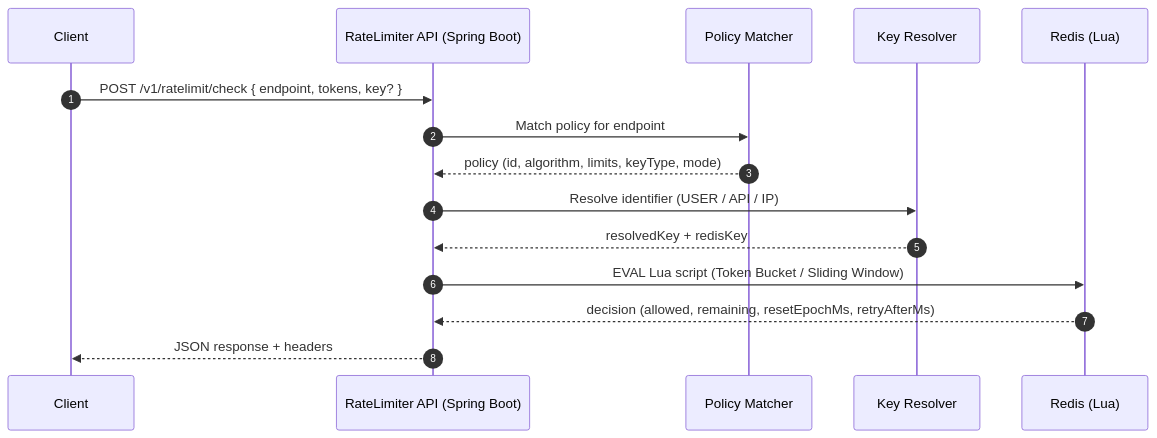
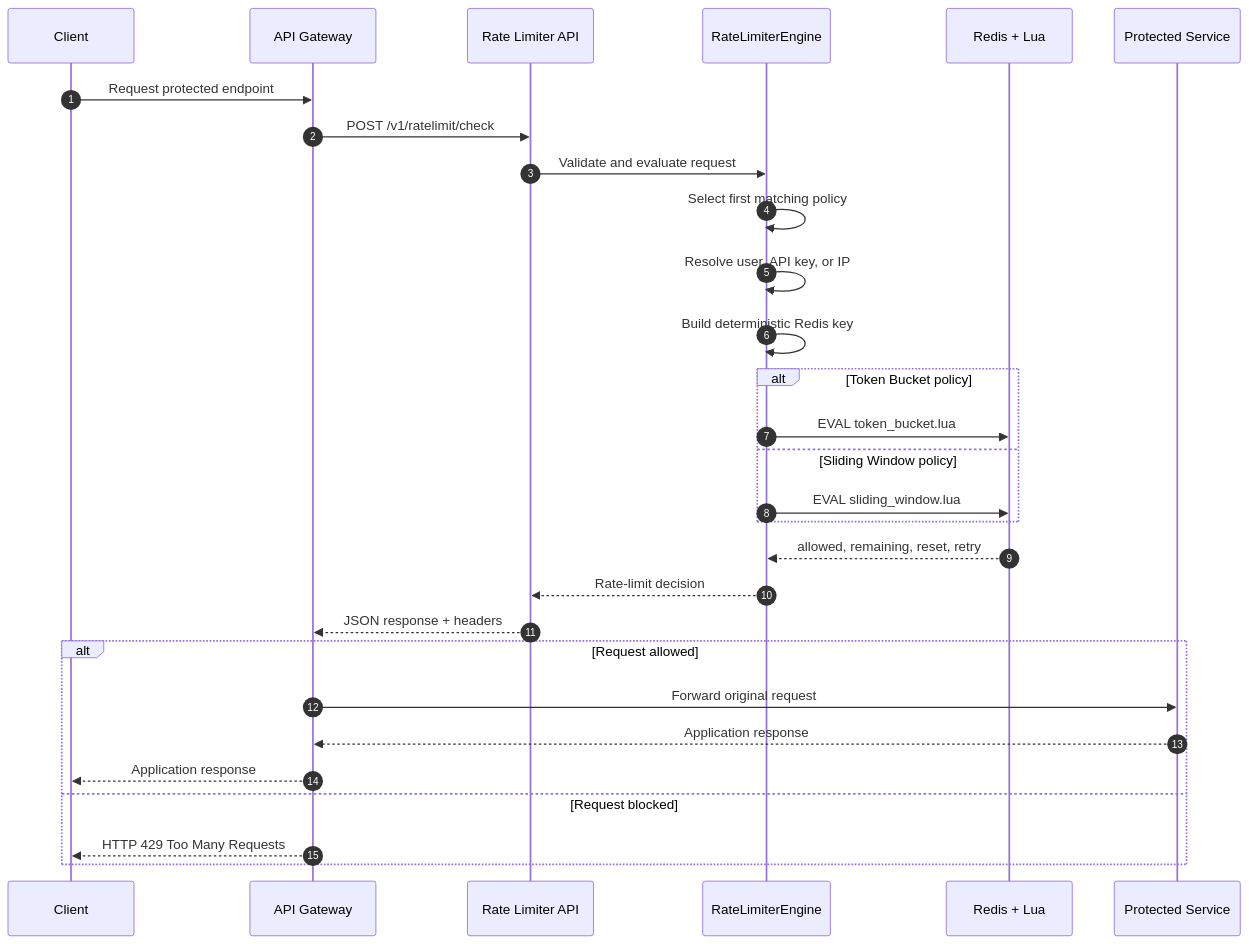
Before and after one commit to leelamanisankarpeerukattla/distributed-api-rate-limiter: the second of 6 diagrams in README.md, drawn with Mermaid. The commit also changed other lines of this file, not shown here.

````diff
--- a/README.md
+++ b/README.md
@@ -38,18 +161,36 @@
 ```mermaid
 sequenceDiagram
-  autonumber
-  participant C as Client
-  participant API as RateLimiter API (Spring Boot)
-  participant PM as Policy Matcher
-  participant KR as Key Resolver
-  participant R as Redis (Lua)
+    autonumber
 
-  C->>API: POST /v1/ratelimit/check { endpoint, tokens, key? }
-  API->>PM: Match policy for endpoint
-  PM-->>API: policy (id, algorithm, limits, keyType, mode)
-  API->>KR: Resolve identifier (USER / API / IP)
-  KR-->>API: resolvedKey + redisKey
-  API->>R: EVAL Lua script (Token Bucket / Sliding Window)
-  R-->>API: decision (allowed, remaining, resetEpochMs, retryAfterMs)
-  API-->>C: JSON response + headers
+    participant Client
+    participant Gateway as API Gateway
+    participant API as Rate Limiter API
+    participant Engine as RateLimiterEngine
+    participant Redis as Redis + Lua
+    participant Service as Protected Service
+
+    Client->>Gateway: Request protected endpoint
+    Gateway->>API: POST /v1/ratelimit/check
+    API->>Engine: Validate and evaluate request
+    Engine->>Engine: Select first matching policy
+    Engine->>Engine: Resolve user, API key, or IP
+    Engine->>Engine: Build deterministic Redis key
+
+    alt Token Bucket policy
+        Engine->>Redis: EVAL token_bucket.lua
+    else Sliding Window policy
+        Engine->>Redis: EVAL sliding_window.lua
+    end
+
+    Redis-->>Engine: allowed, remaining, reset, retry
+    Engine-->>API: Rate-limit decision
+    API-->>Gateway: JSON response + headers
+
+    alt Request allowed
+        Gateway->>Service: Forward original request
+        Service-->>Gateway: Application response
+        Gateway-->>Client: Application response
+    else Request blocked
+        Gateway-->>Client: HTTP 429 Too Many Requests
+    end
 ```
````
